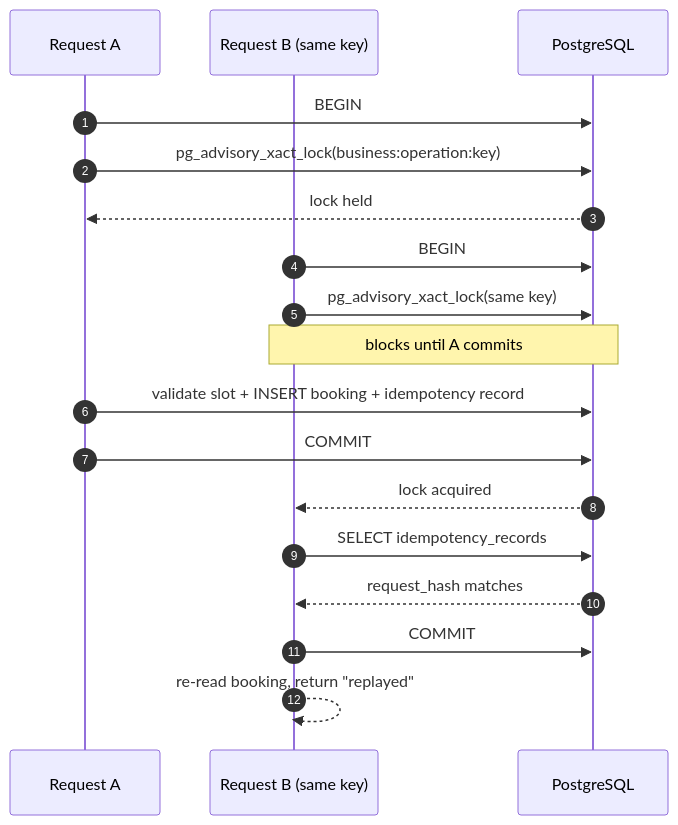
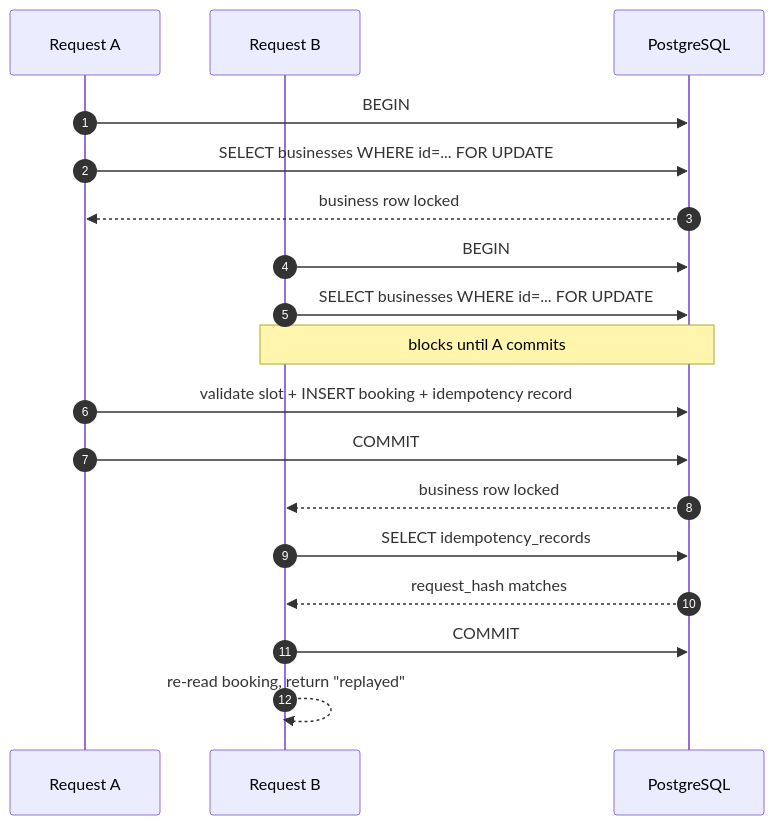
The second of 2 diagrams in docs/idempotency.md (ktakanopy/capy-appointment-bot), drawn with Mermaid before and after one commit. The commit also changed other lines of this file and 61 other files, not shown here.

````diff
--- a/docs/idempotency.md
+++ b/docs/idempotency.md
@@ -77,24 +77,24 @@
 ```mermaid
 sequenceDiagram
     autonumber
     participant A as Request A
-    participant B as Request B (same key)
+    participant B as Request B
     participant DB as PostgreSQL
 
     A->>DB: BEGIN
-    A->>DB: pg_advisory_xact_lock(business:operation:key)
-    DB-->>A: lock held
+    A->>DB: SELECT businesses WHERE id=... FOR UPDATE
+    DB-->>A: business row locked
 
     B->>DB: BEGIN
-    B->>DB: pg_advisory_xact_lock(same key)
+    B->>DB: SELECT businesses WHERE id=... FOR UPDATE
     Note over B,DB: blocks until A commits
 
     A->>DB: validate slot + INSERT booking + idempotency record
     A->>DB: COMMIT
 
-    DB-->>B: lock acquired
+    DB-->>B: business row locked
     B->>DB: SELECT idempotency_records
     DB-->>B: request_hash matches
     B->>DB: COMMIT
     B-->>B: re-read booking, return "replayed"
 ```
````
